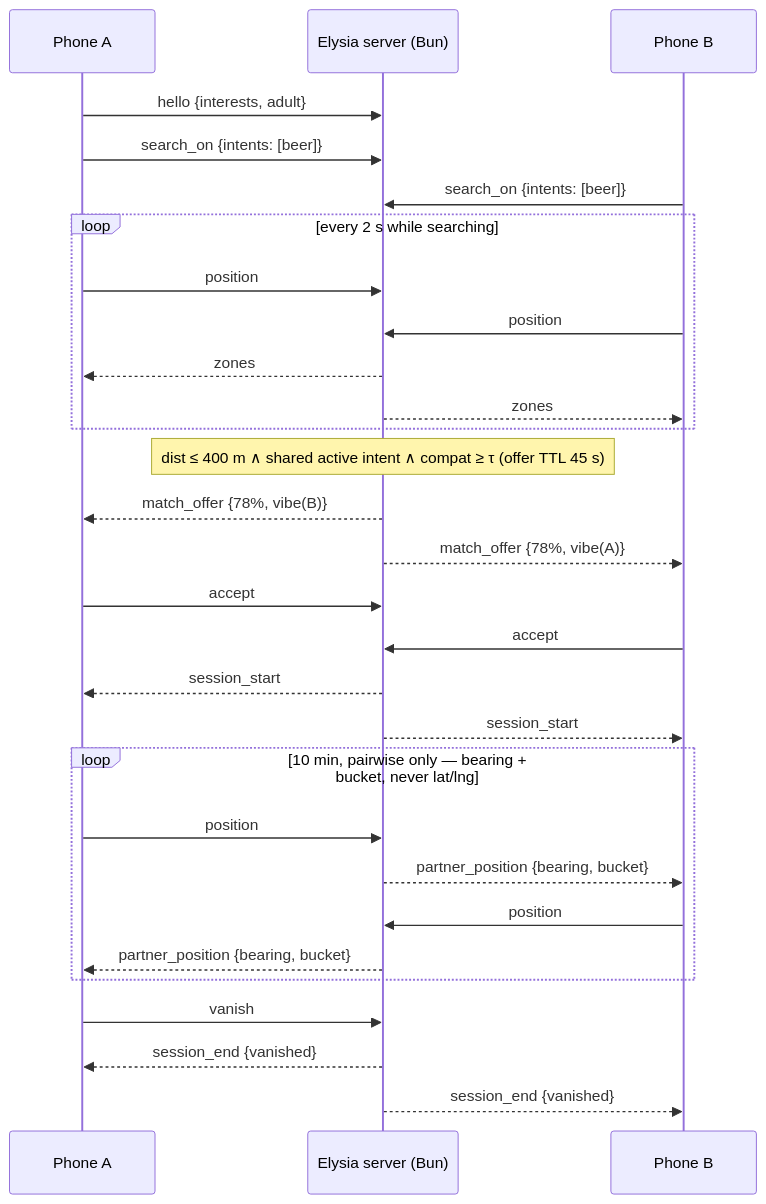
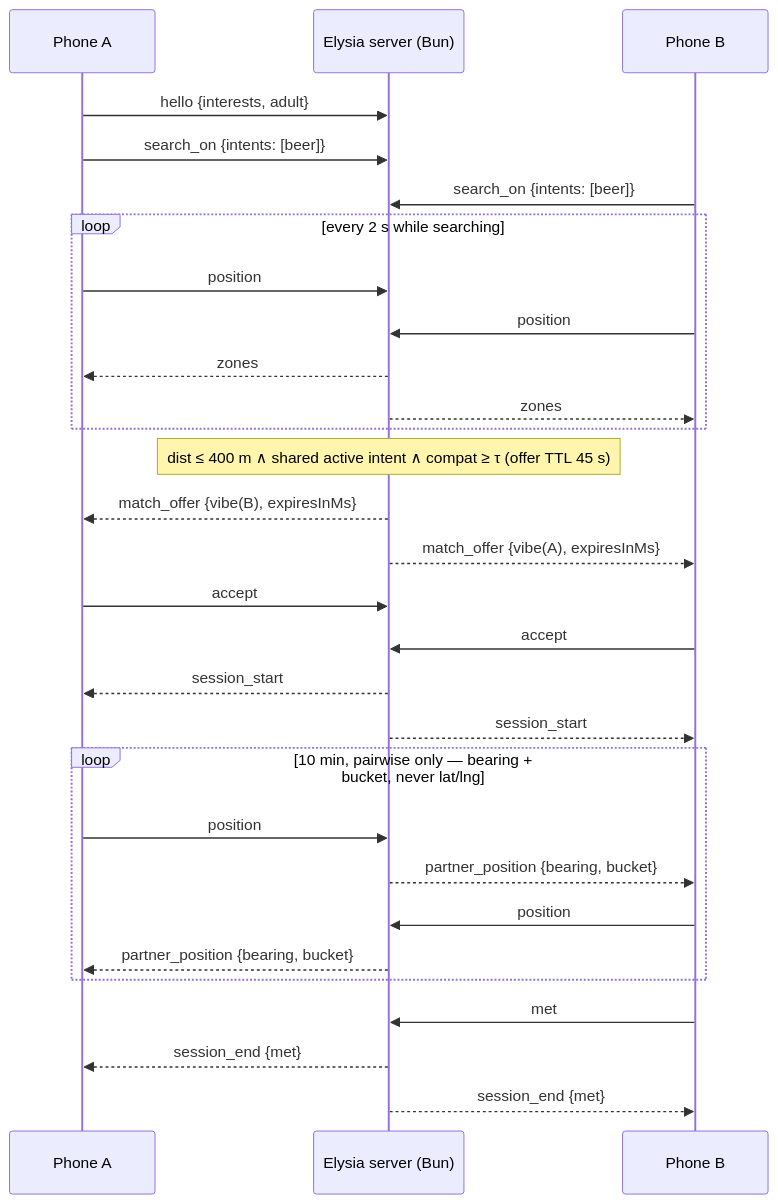
One commit to uteg-labs/just-mate changed the second of 2 diagrams in docs/STRUCTURE.md. Above: the diagram before and after it, drawn with Mermaid. The commit also changed other lines of this file and 49 other files, not shown here.

````diff
--- a/docs/STRUCTURE.md
+++ b/docs/STRUCTURE.md
@@ -88,31 +251,31 @@
 ```mermaid
 sequenceDiagram
     participant A as Phone A
     participant S as Elysia server (Bun)
     participant B as Phone B
     A->>S: hello {interests, adult}
     A->>S: search_on {intents: [beer]}
     B->>S: search_on {intents: [beer]}
     loop every 2 s while searching
         A->>S: position
         B->>S: position
         S-->>A: zones
         S-->>B: zones
     end
     Note over S: dist ≤ 400 m ∧ shared active intent ∧ compat ≥ τ (offer TTL 45 s)
-    S-->>A: match_offer {78%, vibe(B)}
-    S-->>B: match_offer {78%, vibe(A)}
+    S-->>A: match_offer {vibe(B), expiresInMs}
+    S-->>B: match_offer {vibe(A), expiresInMs}
     A->>S: accept
     B->>S: accept
     S-->>A: session_start
     S-->>B: session_start
     loop 10 min, pairwise only — bearing + bucket, never lat/lng
         A->>S: position
         S-->>B: partner_position {bearing, bucket}
         B->>S: position
         S-->>A: partner_position {bearing, bucket}
     end
-    A->>S: vanish
-    S-->>A: session_end {vanished}
-    S-->>B: session_end {vanished}
+    B->>S: met
+    S-->>A: session_end {met}
+    S-->>B: session_end {met}
 ```
````
